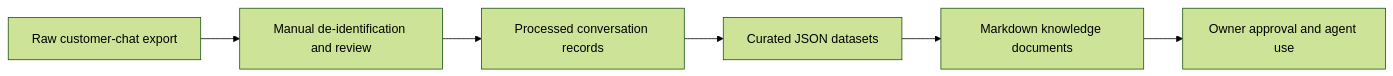
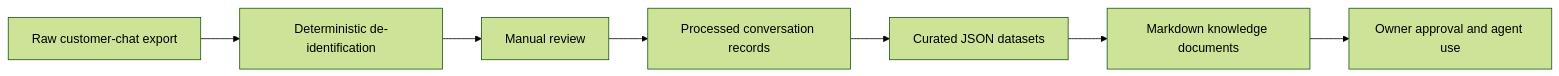
One commit to nuttawatso60-ai/OAS-Stone-OpenClaw changed the diagram in knowledge/README.md. Above: the diagram before and after it, drawn with Mermaid (forest theme). The commit also changed other lines of this file and 2 other files, not shown here.

Commit message:
feat: add deterministic chat de-identification stage

````diff
--- a/knowledge/README.md
+++ b/knowledge/README.md
@@ -21,8 +21,9 @@
 ```mermaid
 flowchart LR
-    A[Raw customer-chat export] --> B[Manual de-identification and review]
-    B --> C[Processed conversation records]
-    C --> D[Curated JSON datasets]
-    D --> E[Markdown knowledge documents]
-    E --> F[Owner approval and agent use]
+    A[Raw customer-chat export] --> B[Deterministic de-identification]
+    B --> C[Manual review]
+    C --> D[Processed conversation records]
+    D --> E[Curated JSON datasets]
+    E --> F[Markdown knowledge documents]
+    F --> G[Owner approval and agent use]
 ```
````
